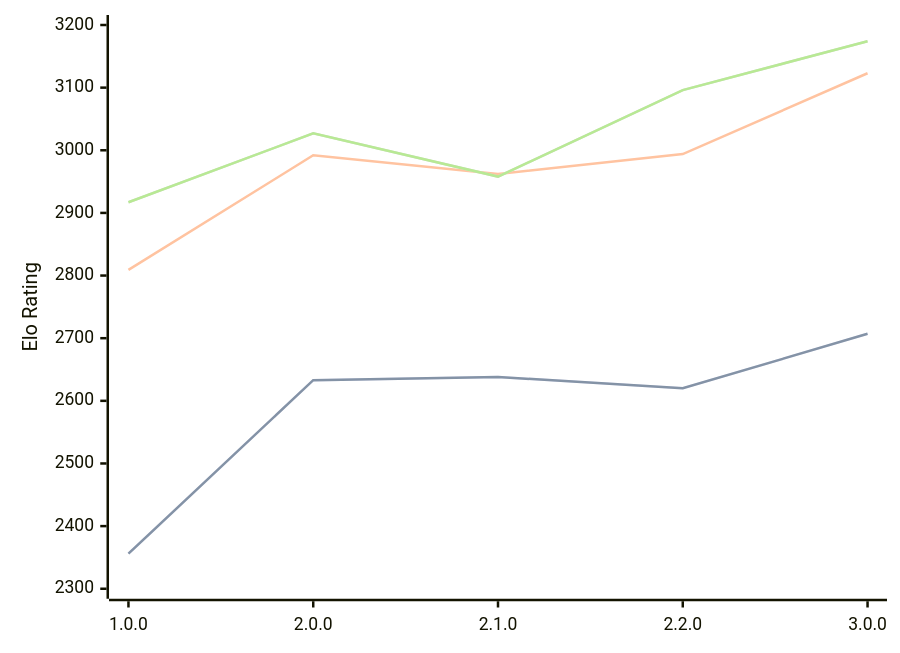
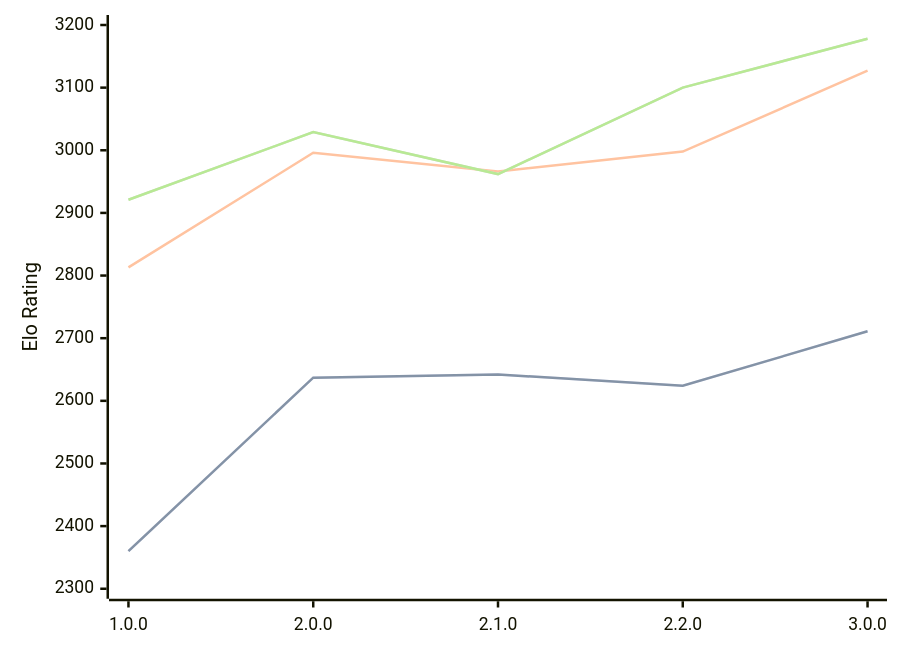
One commit to computer-chess-index/cci changed the diagram in engines/Catalyst.md. Above: the diagram before and after it, drawn with Mermaid. The commit also changed other lines of this file, not shown here.

Commit message:
Update CCI Ratings (ELO VLTC) - 2026-05-02

````diff
--- a/engines/Catalyst.md
+++ b/engines/Catalyst.md
@@ -35,11 +35,11 @@
 ```mermaid
 %%{init: {"theme":"base","themeVariables":{"seriesColors:['#a3a3a3','#222221','#faa371']}}}%%
 xychart-beta
   x-axis ["1.0.0", "2.0.0", "2.1.0", "2.2.0", "3.0.0"]
   y-axis "Elo Rating" 2300 --> 3200
-  line "STC (8.0+0.08s)" [2356, 2633, 2638, 2620, 2707]
-  line "STC (8.0+0.08s)" [2356, 2633, 2638, 2620, 2707]
-  line "LTC (60.0+0.60s)" [2809, 2992, 2962, 2994, 3123]
-  line "VLTC (2m24s+1.12s)" [2917, 3027, 2958, 3096, 3174]
-  line "VLTC (2m24s+1.12s)" [2917, 3027, 2958, 3096, 3174]
+  line "STC (8.0+0.08s)" [2360, 2637, 2642, 2624, 2711]
+  line "STC (8.0+0.08s)" [2360, 2637, 2642, 2624, 2711]
+  line "LTC (60.0+0.60s)" [2813, 2996, 2966, 2998, 3127]
+  line "VLTC (2m24s+1.12s)" [2921, 3029, 2962, 3100, 3178]
+  line "VLTC (2m24s+1.12s)" [2921, 3029, 2962, 3100, 3178]
 ```
````
